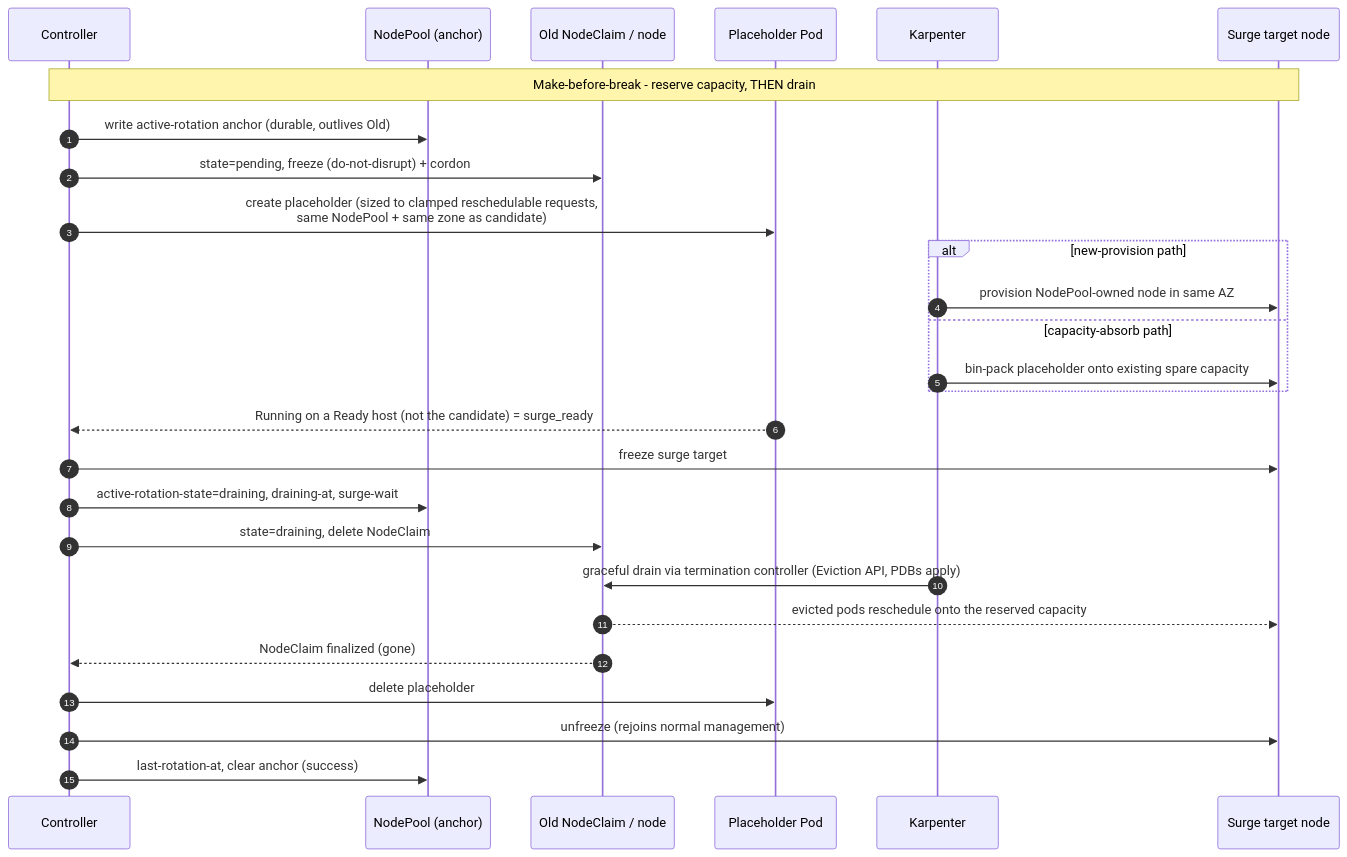
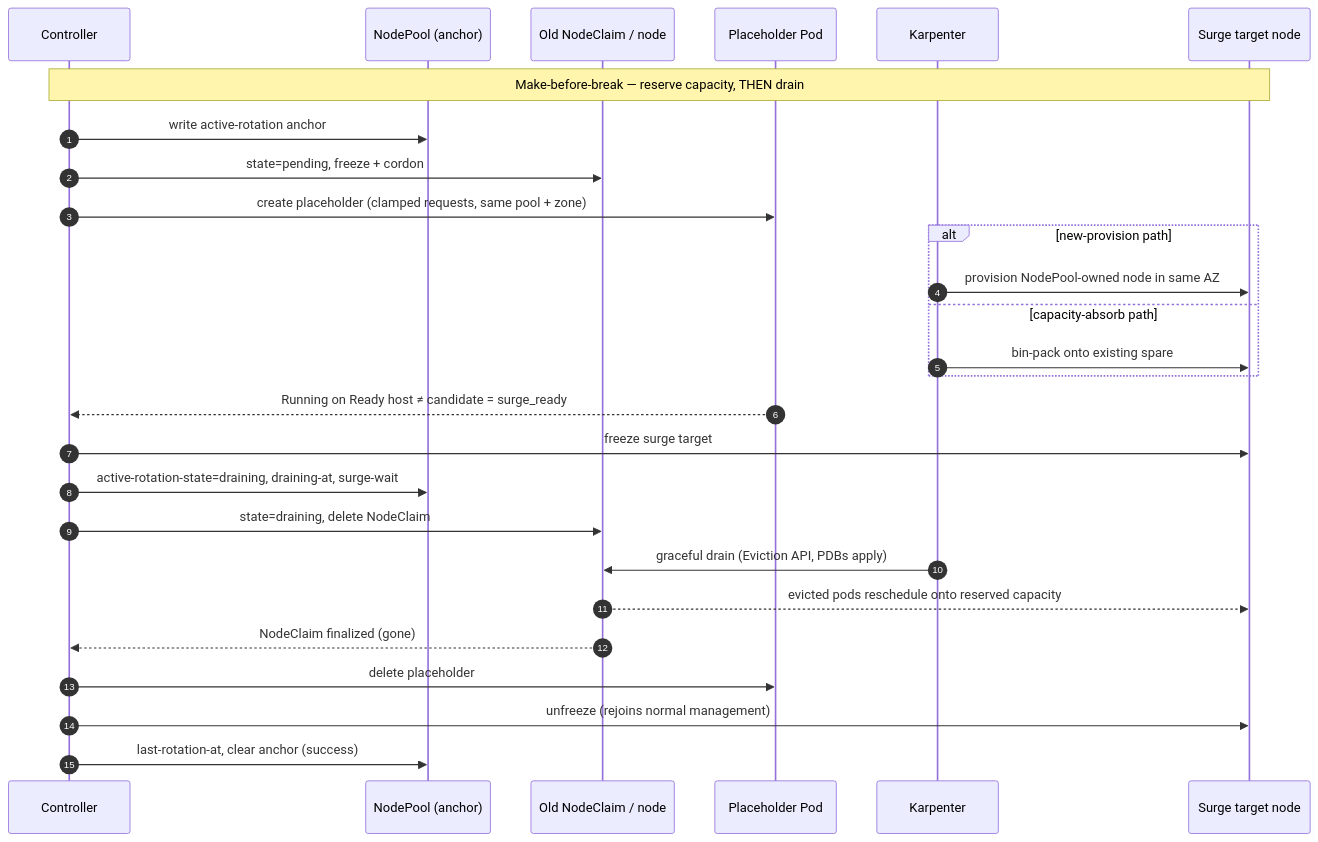
The fourth of 4 diagrams in docs/specification/03-design.md (AkashiSN/node-rotation-controller), drawn with Mermaid before and after one commit. The commit also changed other lines of this file and 37 other files, not shown here.

````diff
--- a/docs/specification/03-design.md
+++ b/docs/specification/03-design.md
@@ -187,30 +276,30 @@
 ```mermaid
 sequenceDiagram
     autonumber
     participant C as Controller
     participant NP as NodePool (anchor)
     participant Old as Old NodeClaim / node
     participant PH as Placeholder Pod
     participant K as Karpenter
     participant New as Surge target node
 
-    Note over C,New: Make-before-break - reserve capacity, THEN drain
-    C->>NP: write active-rotation anchor (durable, outlives Old)
-    C->>Old: state=pending, freeze (do-not-disrupt) + cordon
-    C->>PH: create placeholder (sized to clamped reschedulable requests,<br/>same NodePool + same zone as candidate)
+    Note over C,New: Make-before-break — reserve capacity, THEN drain
+    C->>NP: write active-rotation anchor
+    C->>Old: state=pending, freeze + cordon
+    C->>PH: create placeholder (clamped requests, same pool + zone)
     alt new-provision path
         K->>New: provision NodePool-owned node in same AZ
     else capacity-absorb path
-        K->>New: bin-pack placeholder onto existing spare capacity
+        K->>New: bin-pack onto existing spare
     end
-    PH-->>C: Running on a Ready host (not the candidate) = surge_ready
+    PH-->>C: Running on Ready host ≠ candidate = surge_ready
     C->>New: freeze surge target
     C->>NP: active-rotation-state=draining, draining-at, surge-wait
     C->>Old: state=draining, delete NodeClaim
-    K->>Old: graceful drain via termination controller (Eviction API, PDBs apply)
-    Old-->>New: evicted pods reschedule onto the reserved capacity
+    K->>Old: graceful drain (Eviction API, PDBs apply)
+    Old-->>New: evicted pods reschedule onto reserved capacity
     Old-->>C: NodeClaim finalized (gone)
     C->>PH: delete placeholder
     C->>New: unfreeze (rejoins normal management)
     C->>NP: last-rotation-at, clear anchor (success)
 ```
````
